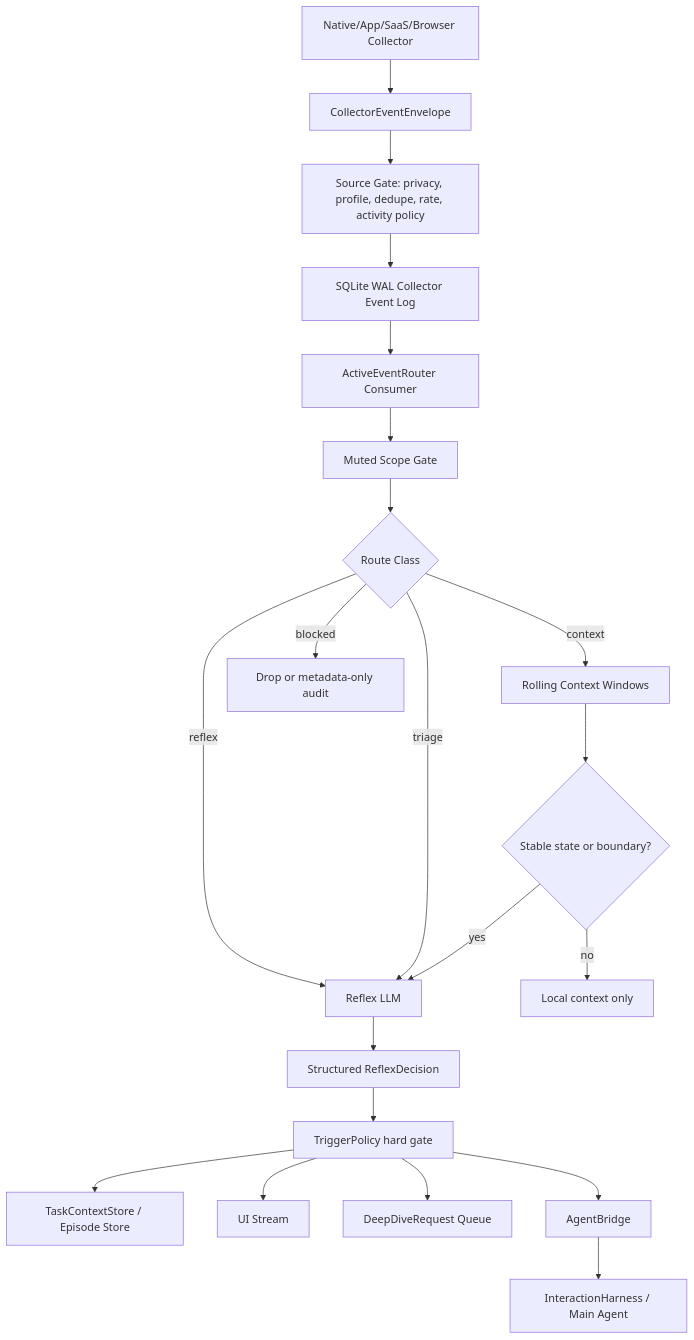
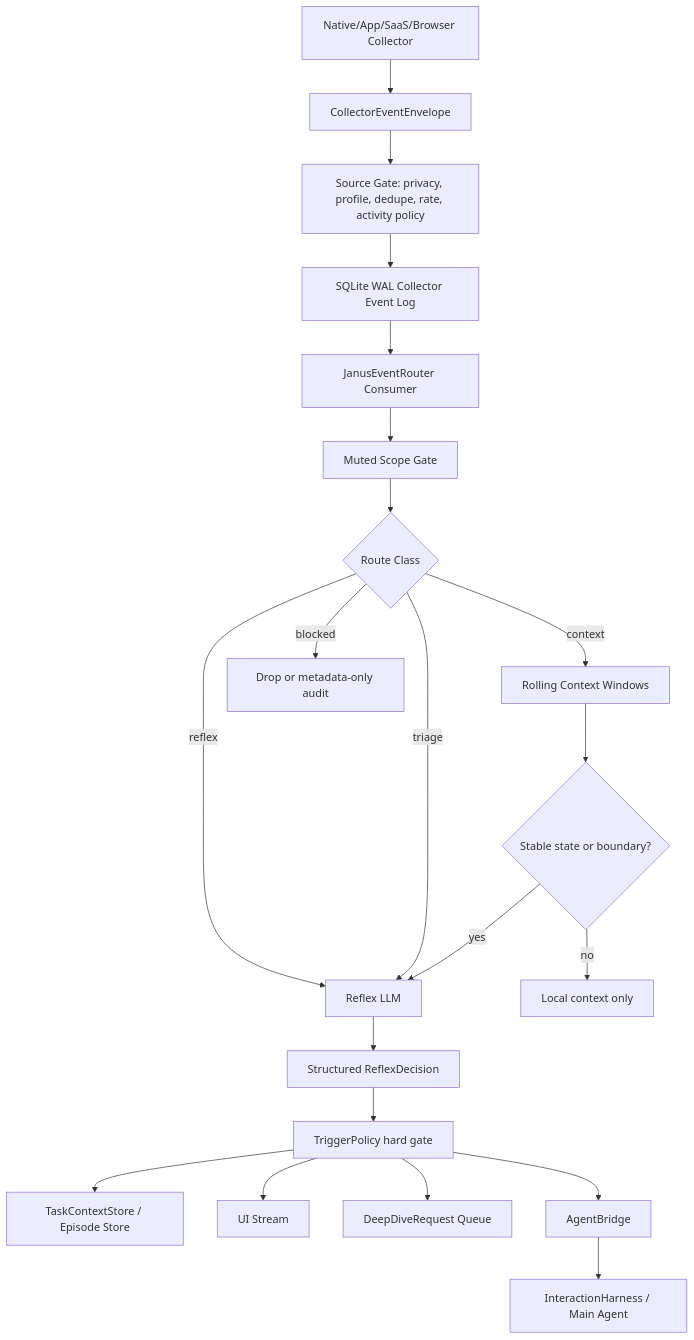
The diagram in docs/JANUS_COLLECTOR_WORKFLOW.md (bhaveshpabnani/Humungousaur), drawn with Mermaid before and after one commit. The commit also changed other lines of this file and 84 other files, not shown here.

Commit message:
Rename active agent surfaces to Janus

````diff
--- a/docs/JANUS_COLLECTOR_WORKFLOW.md
+++ b/docs/JANUS_COLLECTOR_WORKFLOW.md
@@ -174,23 +174,23 @@
 ```mermaid
 flowchart TD
     A["Native/App/SaaS/Browser Collector"] --> B["CollectorEventEnvelope"]
     B --> C["Source Gate: privacy, profile, dedupe, rate, activity policy"]
     C --> D["SQLite WAL Collector Event Log"]
-    D --> E["ActiveEventRouter Consumer"]
+    D --> E["JanusEventRouter Consumer"]
     E --> F["Muted Scope Gate"]
     F --> G{"Route Class"}
     G -->|reflex| H["Reflex LLM"]
     G -->|triage| H
     G -->|context| I["Rolling Context Windows"]
     G -->|blocked| J["Drop or metadata-only audit"]
     I --> K{"Stable state or boundary?"}
     K -->|yes| H
     K -->|no| L["Local context only"]
     H --> M["Structured ReflexDecision"]
     M --> N["TriggerPolicy hard gate"]
     N --> O["TaskContextStore / Episode Store"]
     N --> P["UI Stream"]
     N --> Q["DeepDiveRequest Queue"]
     N --> R["AgentBridge"]
     R --> S["InteractionHarness / Main Agent"]
 ```
````
